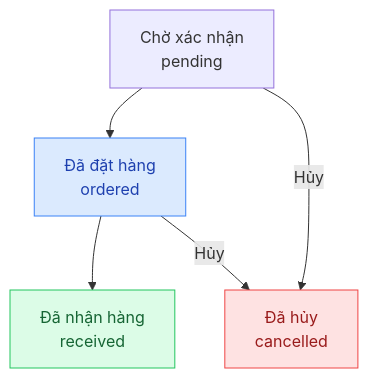
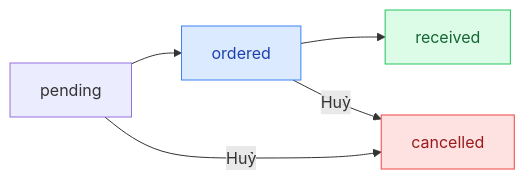
Before and after one commit to tiemtaphoakorea/tiemtaphoakorea: the diagram in docs/guide/manager/supplier-orders.mdx, drawn with Mermaid. The commit also changed other lines of this file and 25 other files, not shown here.

````diff
--- a/docs/guide/manager/supplier-orders.mdx
+++ b/docs/guide/manager/supplier-orders.mdx
@@ -16,11 +16,9 @@
 ```mermaid
-flowchart TD
-    A["Chờ xác nhận<br/>pending"] --> B["Đã đặt hàng<br/>ordered"]
-    B --> C["Đã nhận hàng<br/>received"]
-
-    A & B -->|Hủy| D["Đã hủy<br/>cancelled"]
+flowchart LR
+    A[pending] --> B[ordered] --> C[received]
+    A & B -->|Huỷ| D[cancelled]
 
     style D fill:#fee2e2,stroke:#ef4444,color:#991b1b
     style C fill:#dcfce7,stroke:#22c55e,color:#166534
     style B fill:#dbeafe,stroke:#3b82f6,color:#1e40af
 ```
````
